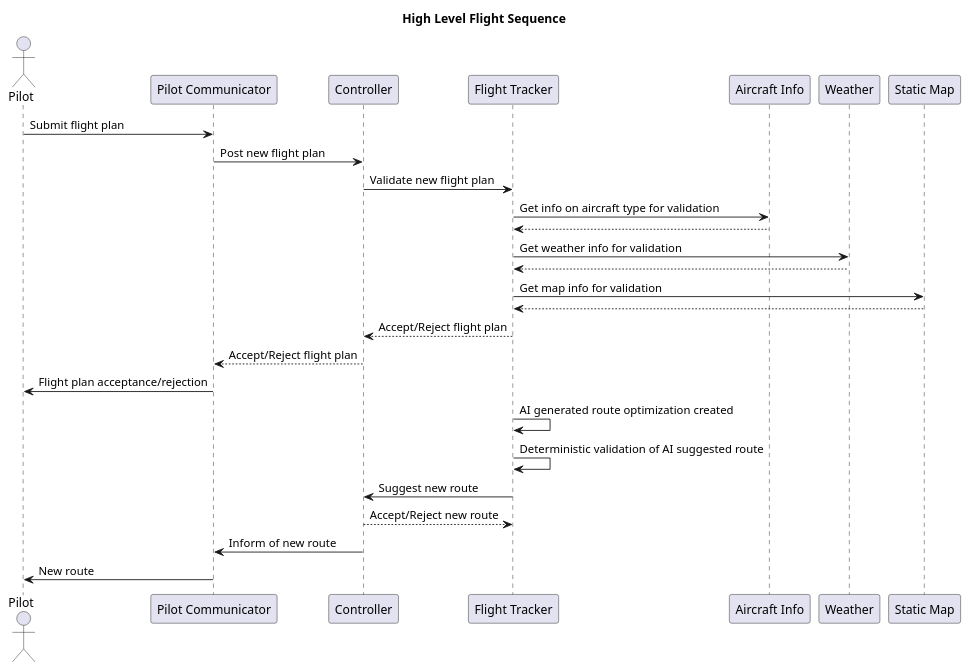
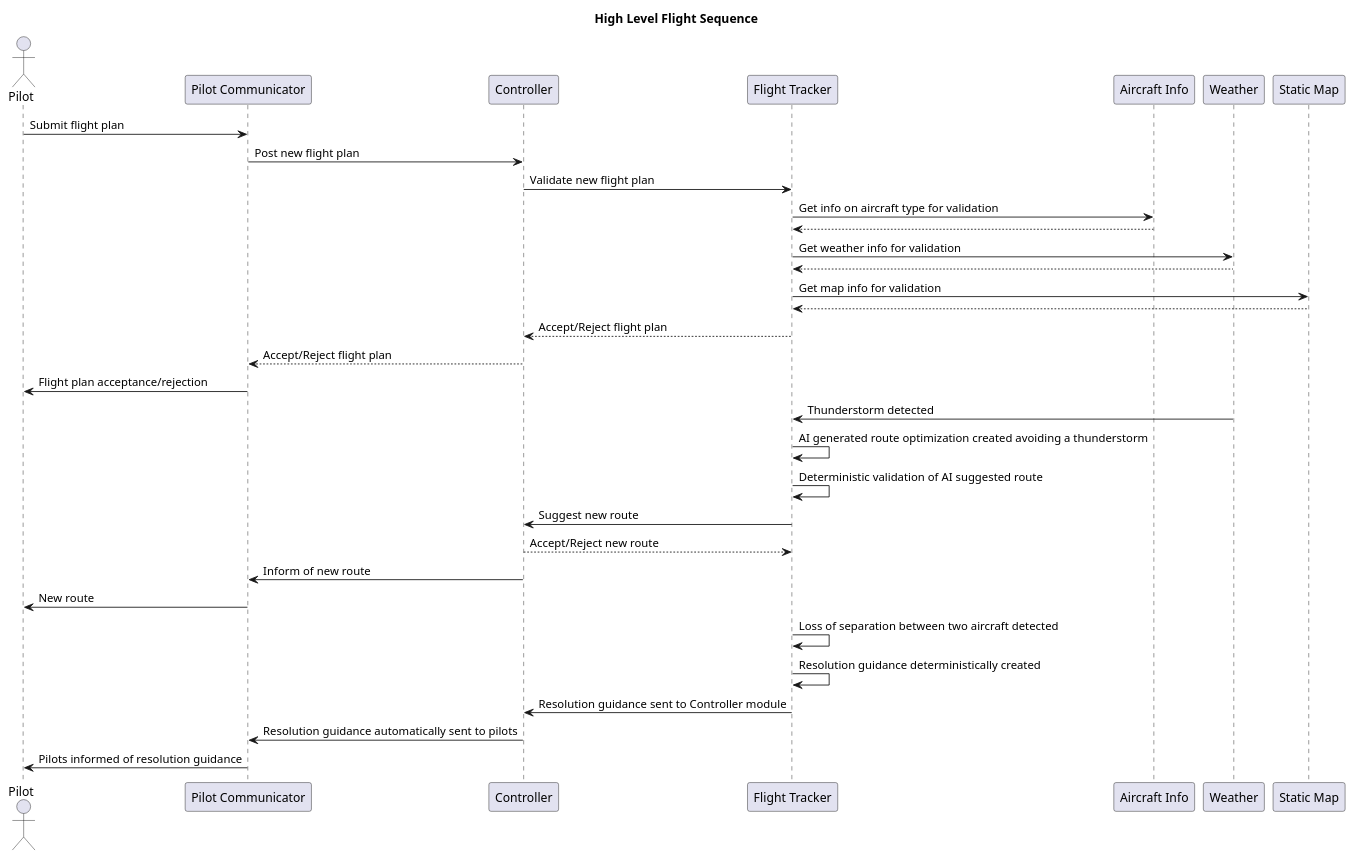
The second of 3 diagrams in cscie97/asn5/design.md (erikorlowski/cscie97), drawn with PlantUML before and after one commit. The commit also changed other lines of this file, not shown here.

Commit message:
Partway through System Monitor module.

````diff
--- a/cscie97/asn5/design.md
+++ b/cscie97/asn5/design.md
@@ -401,33 +401,39 @@
 ```plantuml
 @startuml
 title High Level Flight Sequence
 
 actor Pilot as pilot
 participant "Pilot Communicator" as comms
 participant "Controller" as control
 participant "Flight Tracker" as tracker
 participant "Aircraft Info" as info
 participant "Weather" as weather
 participant "Static Map" as map
 
 pilot -> comms : Submit flight plan
 comms -> control : Post new flight plan
 control -> tracker : Validate new flight plan
 tracker -> info : Get info on aircraft type for validation
 info --> tracker
 tracker -> weather : Get weather info for validation
 weather --> tracker
 tracker -> map : Get map info for validation
 map --> tracker
 tracker --> control : Accept/Reject flight plan
 control --> comms : Accept/Reject flight plan
 comms -> pilot : Flight plan acceptance/rejection
-tracker -> tracker : AI generated route optimization created
+weather -> tracker: Thunderstorm detected
+tracker -> tracker : AI generated route optimization created avoiding a thunderstorm
 tracker -> tracker : Deterministic validation of AI suggested route
 tracker -> control : Suggest new route
 control --> tracker : Accept/Reject new route
 control -> comms : Inform of new route
 comms -> pilot : New route
+tracker -> tracker : Loss of separation between two aircraft detected
+tracker -> tracker : Resolution guidance deterministically created
+tracker -> control : Resolution guidance sent to Controller module
+control -> comms : Resolution guidance automatically sent to pilots
+comms -> pilot : Pilots informed of resolution guidance
 
 @enduml
 ```
````
